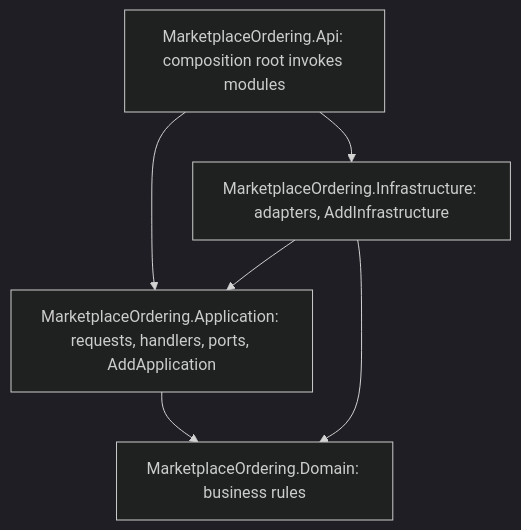
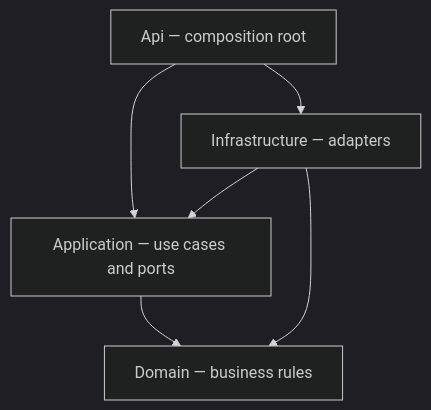
The first of 8 diagrams in README.md (erfanehsrchl/MarketplaceOrdering), drawn with Mermaid (dark theme) before and after one commit. The commit also changed other lines of this file and 65 other files, not shown here.

````diff
--- a/README.md
+++ b/README.md
@@ -114,13 +131,13 @@
 ```mermaid
 flowchart TD
-    API["MarketplaceOrdering.Api: composition root invokes modules"]
-    APP["MarketplaceOrdering.Application: requests, handlers, ports, AddApplication"]
-    INFRA["MarketplaceOrdering.Infrastructure: adapters, AddInfrastructure"]
-    DOMAIN["MarketplaceOrdering.Domain: business rules"]
+    API["Api — composition root"]
+    APP["Application — use cases and ports"]
+    INFRA["Infrastructure — adapters"]
+    DOMAIN["Domain — business rules"]
 
     API --> APP
     API --> INFRA
     INFRA --> APP
     INFRA --> DOMAIN
     APP --> DOMAIN
 ```
````
